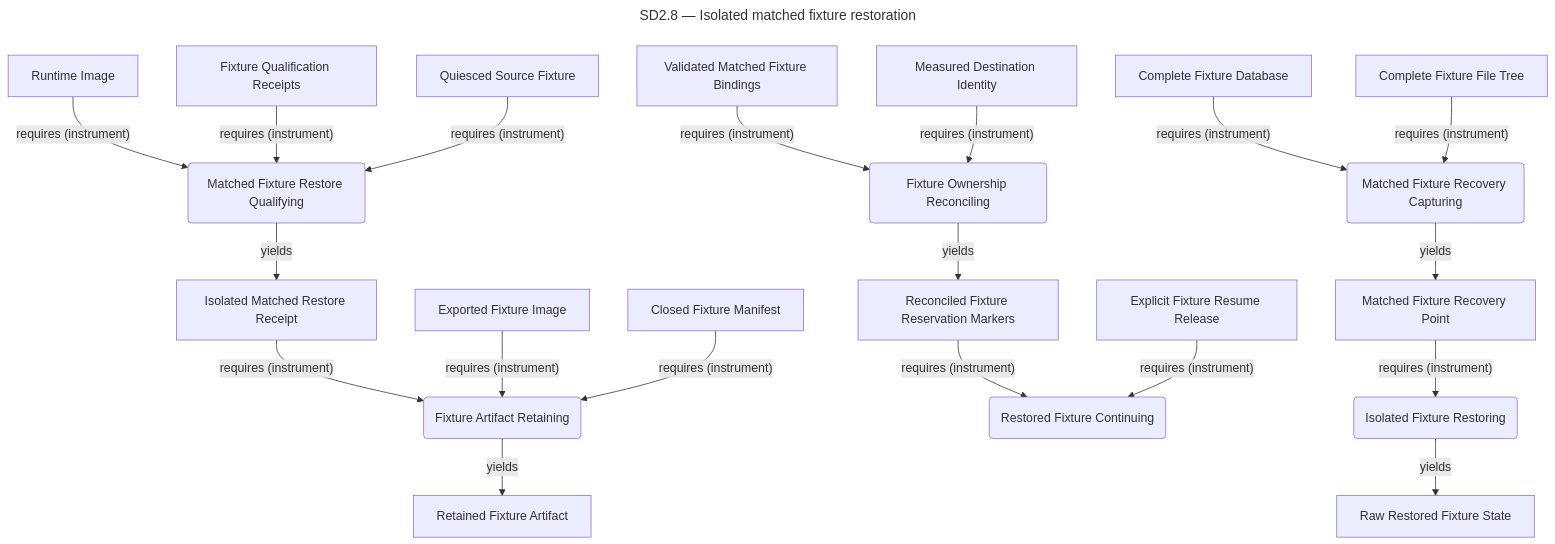
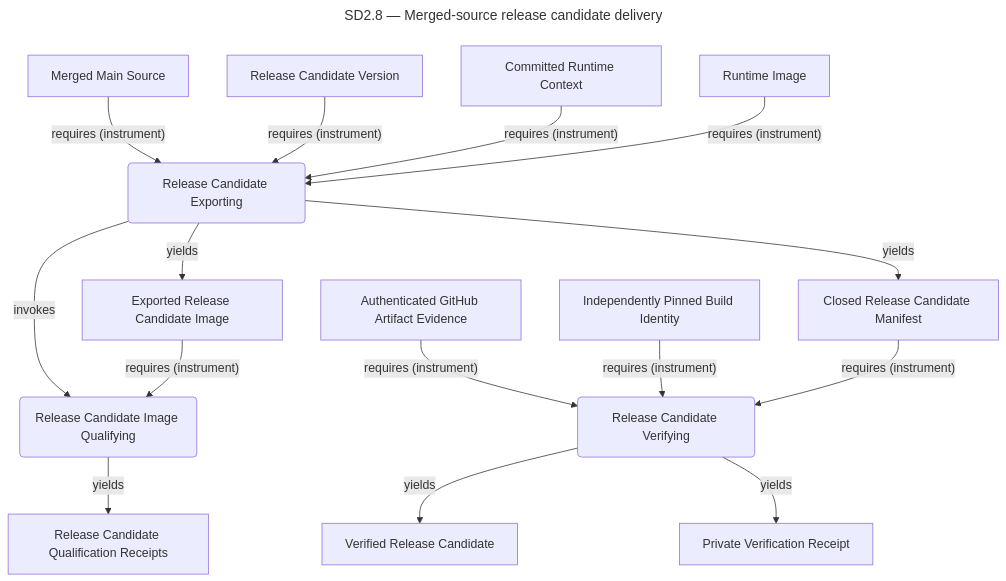
Before and after one commit to ojfbot/daily-logger: diagram 16 of 16 in opm/system.md, drawn with Mermaid. The commit also changed other lines of this file and 5 other files, not shown here.

Commit message:
feat(service): qualify merged-main release candidates

````diff
--- a/opm/system.md
+++ b/opm/system.md
@@ -1863,47 +1854,36 @@
 ```mermaid
 ---
-title: "SD2.8 — Isolated matched fixture restoration"
+title: "SD2.8 — Merged-source release candidate delivery"
 ---
 flowchart TD
-  accTitle: SD2.8 — Isolated matched fixture restoration
+  accTitle: SD2.8 — Merged-source release candidate delivery
   accDescr: Lossy system model projection. Complete source facts follow this diagram.
-  n360("Matched Fixture Restore Qualifying")
-  n348["Runtime Image"]
-  n352["Fixture Qualification Receipts"]
-  n361["Quiesced Source Fixture"]
-  n362("Matched Fixture Recovery Capturing")
-  n363["Complete Fixture Database"]
-  n364["Complete Fixture File Tree"]
-  n365["Matched Fixture Recovery Point"]
-  n366("Isolated Fixture Restoring")
-  n367["Raw Restored Fixture State"]
-  n368("Fixture Ownership Reconciling")
-  n369["Validated Matched Fixture Bindings"]
-  n370["Measured Destination Identity"]
-  n371["Reconciled Fixture Reservation Markers"]
-  n372("Restored Fixture Continuing")
-  n373["Explicit Fixture Resume Release"]
-  n374["Isolated Matched Restore Receipt"]
-  n375("Fixture Artifact Retaining")
-  n349["Exported Fixture Image"]
-  n354["Closed Fixture Manifest"]
-  n376["Retained Fixture Artifact"]
-  n348 -->|"requires (instrument)"| n360
-  n352 -->|"requires (instrument)"| n360
-  n361 -->|"requires (instrument)"| n360
-  n363 -->|"requires (instrument)"| n362
-  n364 -->|"requires (instrument)"| n362
-  n362 -->|"yields"| n365
-  n365 -->|"requires (instrument)"| n366
-  n366 -->|"yields"| n367
-  n369 -->|"requires (instrument)"| n368
-  n370 -->|"requires (instrument)"| n368
-  n368 -->|"yields"| n371
-  n371 -->|"requires (instrument)"| n372
-  n373 -->|"requires (instrument)"| n372
-  n360 -->|"yields"| n374
-  n374 -->|"requires (instrument)"| n375
-  n349 -->|"requires (instrument)"| n375
-  n354 -->|"requires (instrument)"| n375
-  n375 -->|"yields"| n376
+  n357("Release Candidate Exporting")
+  n358["Merged Main Source"]
+  n359["Release Candidate Version"]
+  n344["Committed Runtime Context"]
+  n346["Runtime Image"]
+  n360["Exported Release Candidate Image"]
+  n361("Release Candidate Image Qualifying")
+  n362["Release Candidate Qualification Receipts"]
+  n363["Closed Release Candidate Manifest"]
+  n364("Release Candidate Verifying")
+  n353["Authenticated GitHub Artifact Evidence"]
+  n354["Independently Pinned Build Identity"]
+  n365["Verified Release Candidate"]
+  n356["Private Verification Receipt"]
+  n358 -->|"requires (instrument)"| n357
+  n359 -->|"requires (instrument)"| n357
+  n344 -->|"requires (instrument)"| n357
+  n346 -->|"requires (instrument)"| n357
+  n357 -->|"yields"| n360
+  n357 -->|"invokes"| n361
+  n360 -->|"requires (instrument)"| n361
+  n361 -->|"yields"| n362
+  n357 -->|"yields"| n363
+  n353 -->|"requires (instrument)"| n364
+  n354 -->|"requires (instrument)"| n364
+  n363 -->|"requires (instrument)"| n364
+  n364 -->|"yields"| n365
+  n364 -->|"yields"| n356
 ```
````
